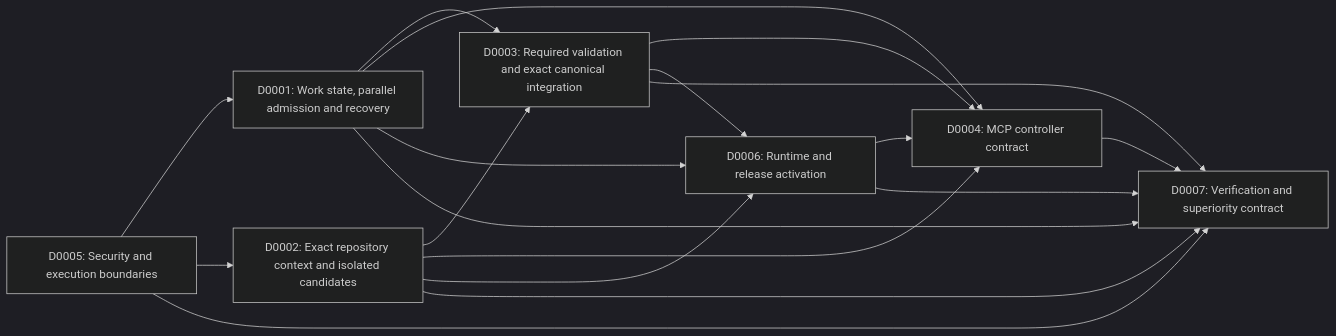
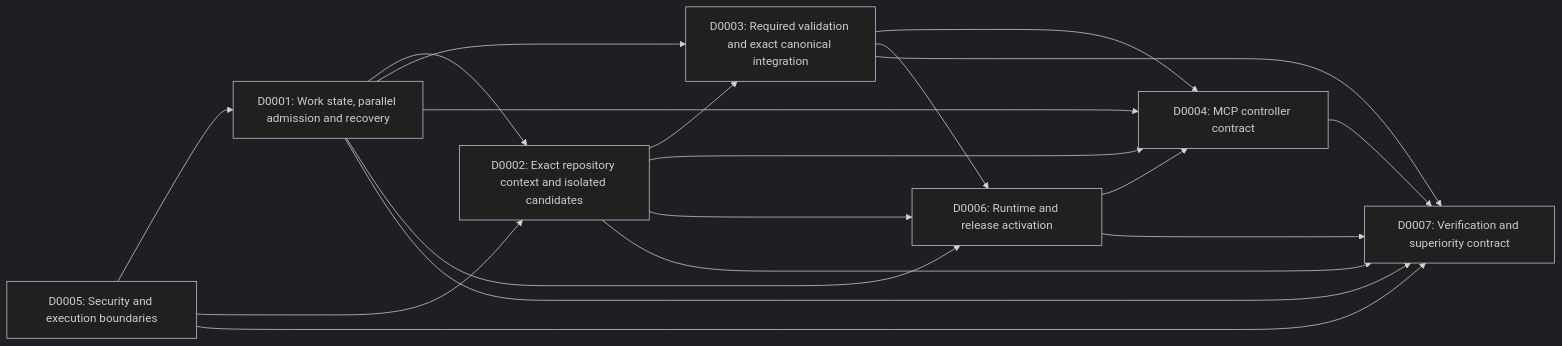
The diagram in docs/design/INDEX.md (humtr/tdev), drawn with Mermaid (dark theme) before and after one commit. The commit also changed other lines of this file and 8 other files, not shown here.

````diff
--- a/docs/design/INDEX.md
+++ b/docs/design/INDEX.md
@@ -20,27 +20,28 @@
 ```mermaid
 flowchart LR
   D0001["D0001: Work state, parallel admission and recovery"]
   D0002["D0002: Exact repository context and isolated candidates"]
   D0003["D0003: Required validation and exact canonical integration"]
   D0004["D0004: MCP controller contract"]
   D0005["D0005: Security and execution boundaries"]
   D0006["D0006: Runtime and release activation"]
   D0007["D0007: Verification and superiority contract"]
   D0005 --> D0001
+  D0001 --> D0002
   D0005 --> D0002
   D0001 --> D0003
   D0002 --> D0003
   D0001 --> D0004
   D0002 --> D0004
   D0003 --> D0004
   D0006 --> D0004
   D0001 --> D0006
   D0002 --> D0006
   D0003 --> D0006
   D0001 --> D0007
   D0002 --> D0007
   D0003 --> D0007
   D0004 --> D0007
   D0005 --> D0007
   D0006 --> D0007
 ```
````
